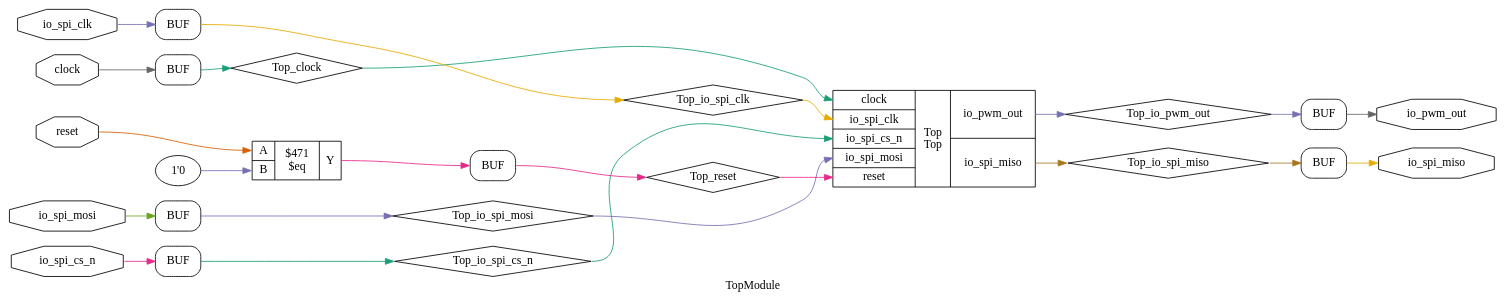
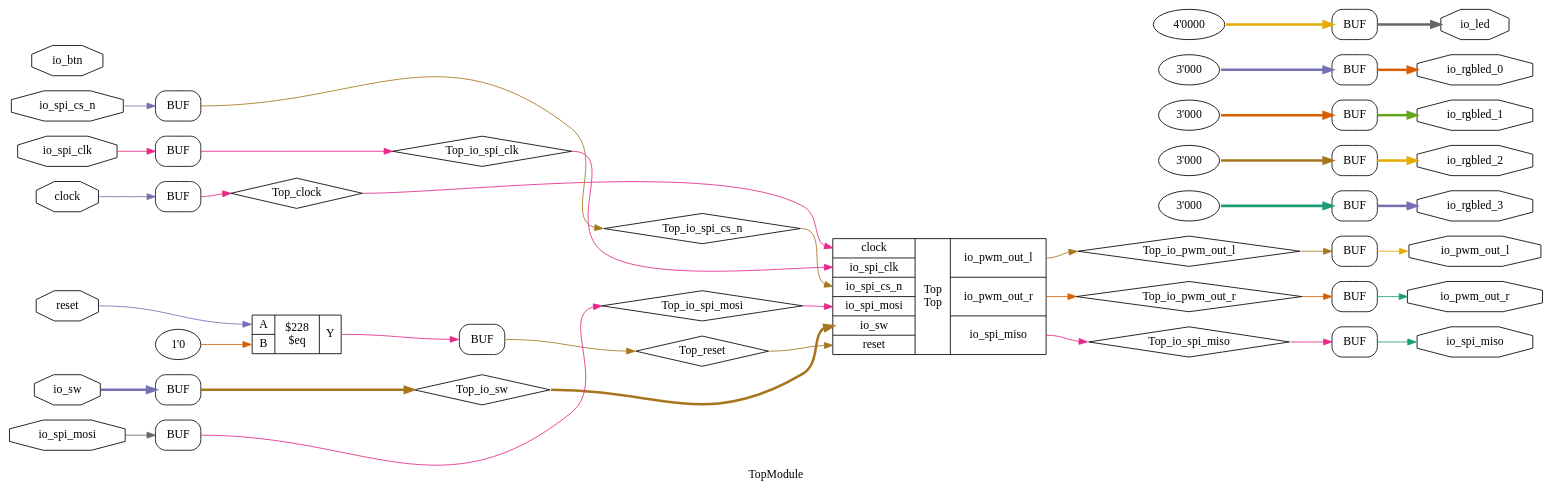
One commit to TDT4295-2019-groupA/FPGA changed the diagram in graphs/yosys/TopModule_gen.dot. Above: the diagram before and after it, drawn with Graphviz. The commit also changed 76 other files, not shown here.

Commit message:
make graphs

```diff
--- a/graphs/yosys/TopModule_gen.dot
+++ b/graphs/yosys/TopModule_gen.dot
@@ -1,54 +1,92 @@
 digraph "TopModule" {
 label="TopModule";
 rankdir="LR";
 remincross=true;
-n2 [ shape=diamond, label="Top_io_pwm_out", color="black", fontcolor="black" ];
-n3 [ shape=diamond, label="Top_io_spi_cs_n", color="black", fontcolor="black" ];
-n4 [ shape=diamond, label="Top_io_spi_clk", color="black", fontcolor="black" ];
-n5 [ shape=diamond, label="Top_io_spi_miso", color="black", fontcolor="black" ];
-n6 [ shape=diamond, label="Top_io_spi_mosi", color="black", fontcolor="black" ];
-n7 [ shape=diamond, label="Top_reset", color="black", fontcolor="black" ];
-n8 [ shape=diamond, label="Top_clock", color="black", fontcolor="black" ];
-n9 [ shape=octagon, label="io_pwm_out", color="black", fontcolor="black" ];
-n10 [ shape=octagon, label="io_spi_cs_n", color="black", fontcolor="black" ];
-n11 [ shape=octagon, label="io_spi_clk", color="black", fontcolor="black" ];
-n12 [ shape=octagon, label="io_spi_miso", color="black", fontcolor="black" ];
-n13 [ shape=octagon, label="io_spi_mosi", color="black", fontcolor="black" ];
-n14 [ shape=octagon, label="reset", color="black", fontcolor="black" ];
-n15 [ shape=octagon, label="clock", color="black", fontcolor="black" ];
-{ rank="source"; n10; n11; n13; n14; n15;}
-{ rank="sink"; n12; n9;}
+n2 [ shape=diamond, label="Top_io_sw", color="black", fontcolor="black" ];
+n3 [ shape=diamond, label="Top_io_pwm_out_r", color="black", fontcolor="black" ];
+n4 [ shape=diamond, label="Top_io_pwm_out_l", color="black", fontcolor="black" ];
+n5 [ shape=diamond, label="Top_io_spi_cs_n", color="black", fontcolor="black" ];
+n6 [ shape=diamond, label="Top_io_spi_clk", color="black", fontcolor="black" ];
+n7 [ shape=diamond, label="Top_io_spi_miso", color="black", fontcolor="black" ];
+n8 [ shape=diamond, label="Top_io_spi_mosi", color="black", fontcolor="black" ];
+n9 [ shape=diamond, label="Top_reset", color="black", fontcolor="black" ];
+n10 [ shape=diamond, label="Top_clock", color="black", fontcolor="black" ];
+n11 [ shape=octagon, label="io_rgbled_3", color="black", fontcolor="black" ];
+n12 [ shape=octagon, label="io_rgbled_2", color="black", fontcolor="black" ];
+n13 [ shape=octagon, label="io_rgbled_1", color="black", fontcolor="black" ];
+n14 [ shape=octagon, label="io_rgbled_0", color="black", fontcolor="black" ];
+n15 [ shape=octagon, label="io_led", color="black", fontcolor="black" ];
+n16 [ shape=octagon, label="io_btn", color="black", fontcolor="black" ];
+n17 [ shape=octagon, label="io_sw", color="black", fontcolor="black" ];
+n18 [ shape=octagon, label="io_pwm_out_r", color="black", fontcolor="black" ];
+n19 [ shape=octagon, label="io_pwm_out_l", color="black", fontcolor="black" ];
+n20 [ shape=octagon, label="io_spi_cs_n", color="black", fontcolor="black" ];
+n21 [ shape=octagon, label="io_spi_clk", color="black", fontcolor="black" ];
+n22 [ shape=octagon, label="io_spi_miso", color="black", fontcolor="black" ];
+n23 [ shape=octagon, label="io_spi_mosi", color="black", fontcolor="black" ];
+n24 [ shape=octagon, label="reset", color="black", fontcolor="black" ];
+n25 [ shape=octagon, label="clock", color="black", fontcolor="black" ];
+{ rank="source"; n16; n17; n20; n21; n23; n24; n25;}
+{ rank="sink"; n11; n12; n13; n14; n15; n18; n19; n22;}
 v0 [ label="1'0" ];
-c19 [ shape=record, label="{{<p16> A|<p17> B}|$471\n$eq|{<p18> Y}}" ];
-c20 [ shape=record, label="{{<p15> clock|<p11> io_spi_clk|<p10> io_spi_cs_n|<p13> io_spi_mosi|<p14> reset}|Top\nTop|{<p9> io_pwm_out|<p12> io_spi_miso}}" ];
+c29 [ shape=record, label="{{<p26> A|<p27> B}|$228\n$eq|{<p28> Y}}" ];
+c30 [ shape=record, label="{{<p25> clock|<p21> io_spi_clk|<p20> io_spi_cs_n|<p23> io_spi_mosi|<p17> io_sw|<p24> reset}|Top\nTop|{<p19> io_pwm_out_l|<p18> io_pwm_out_r|<p22> io_spi_miso}}" ];
 x1 [shape=box, style=rounded, label="BUF"];
 x2 [shape=box, style=rounded, label="BUF"];
 x3 [shape=box, style=rounded, label="BUF"];
-x4 [shape=box, style=rounded, label="BUF"];
+v4 [ label="4'0000" ];
 x5 [shape=box, style=rounded, label="BUF"];
-x6 [shape=box, style=rounded, label="BUF"];
+v6 [ label="3'000" ];
 x7 [shape=box, style=rounded, label="BUF"];
-c19:p18:e -> x4:w:w [colorscheme="dark28", color="4", fontcolor="4", label=""];
-n10:e -> x7:w:w [colorscheme="dark28", color="4", fontcolor="4", label=""];
-n11:e -> x6:w:w [colorscheme="dark28", color="3", fontcolor="3", label=""];
-x1:e:e -> n12:w [colorscheme="dark28", color="6", fontcolor="6", label=""];
-n13:e -> x5:w:w [colorscheme="dark28", color="5", fontcolor="5", label=""];
-n14:e -> c19:p16:w [colorscheme="dark28", color="2", fontcolor="2", label=""];
-n15:e -> x3:w:w [colorscheme="dark28", color="8", fontcolor="8", label=""];
-c20:p9:e -> n2:w [colorscheme="dark28", color="3", fontcolor="3", label=""];
-n2:e -> x2:w:w [colorscheme="dark28", color="3", fontcolor="3", label=""];
-x7:e:e -> n3:w [colorscheme="dark28", color="1", fontcolor="1", label=""];
-n3:e -> c20:p10:w [colorscheme="dark28", color="1", fontcolor="1", label=""];
-x6:e:e -> n4:w [colorscheme="dark28", color="6", fontcolor="6", label=""];
-n4:e -> c20:p11:w [colorscheme="dark28", color="6", fontcolor="6", label=""];
-c20:p12:e -> n5:w [colorscheme="dark28", color="7", fontcolor="7", label=""];
-n5:e -> x1:w:w [colorscheme="dark28", color="7", fontcolor="7", label=""];
-x5:e:e -> n6:w [colorscheme="dark28", color="3", fontcolor="3", label=""];
-n6:e -> c20:p13:w [colorscheme="dark28", color="3", fontcolor="3", label=""];
-x4:e:e -> n7:w [colorscheme="dark28", color="4", fontcolor="4", label=""];
-n7:e -> c20:p14:w [colorscheme="dark28", color="4", fontcolor="4", label=""];
-x3:e:e -> n8:w [colorscheme="dark28", color="1", fontcolor="1", label=""];
-n8:e -> c20:p15:w [colorscheme="dark28", color="1", fontcolor="1", label=""];
-x2:e:e -> n9:w [colorscheme="dark28", color="8", fontcolor="8", label=""];
-v0:e -> c19:p17:w [colorscheme="dark28", color="3", fontcolor="3", label=""];
+v8 [ label="3'000" ];
+x9 [shape=box, style=rounded, label="BUF"];
+v10 [ label="3'000" ];
+x11 [shape=box, style=rounded, label="BUF"];
+v12 [ label="3'000" ];
+x13 [shape=box, style=rounded, label="BUF"];
+x14 [shape=box, style=rounded, label="BUF"];
+x15 [shape=box, style=rounded, label="BUF"];
+x16 [shape=box, style=rounded, label="BUF"];
+x17 [shape=box, style=rounded, label="BUF"];
+x18 [shape=box, style=rounded, label="BUF"];
+x19 [shape=box, style=rounded, label="BUF"];
+c29:p28:e -> x15:w:w [colorscheme="dark28", color="4", fontcolor="4", label=""];
+x14:e:e -> n10:w [colorscheme="dark28", color="4", fontcolor="4", label=""];
+n10:e -> c30:p25:w [colorscheme="dark28", color="4", fontcolor="4", label=""];
+x13:e:e -> n11:w [colorscheme="dark28", color="3", fontcolor="3", style="setlinewidth(3)", label=""];
+x11:e:e -> n12:w [colorscheme="dark28", color="6", fontcolor="6", style="setlinewidth(3)", label=""];
+x9:e:e -> n13:w [colorscheme="dark28", color="5", fontcolor="5", style="setlinewidth(3)", label=""];
+x7:e:e -> n14:w [colorscheme="dark28", color="2", fontcolor="2", style="setlinewidth(3)", label=""];
+x5:e:e -> n15:w [colorscheme="dark28", color="8", fontcolor="8", style="setlinewidth(3)", label=""];
+n17:e -> x19:w:w [colorscheme="dark28", color="3", fontcolor="3", style="setlinewidth(3)", label=""];
+x3:e:e -> n18:w [colorscheme="dark28", color="1", fontcolor="1", label=""];
+x2:e:e -> n19:w [colorscheme="dark28", color="6", fontcolor="6", label=""];
+x19:e:e -> n2:w [colorscheme="dark28", color="7", fontcolor="7", style="setlinewidth(3)", label=""];
+n2:e -> c30:p17:w [colorscheme="dark28", color="7", fontcolor="7", style="setlinewidth(3)", label=""];
+n20:e -> x18:w:w [colorscheme="dark28", color="3", fontcolor="3", label=""];
+n21:e -> x17:w:w [colorscheme="dark28", color="4", fontcolor="4", label=""];
+x1:e:e -> n22:w [colorscheme="dark28", color="1", fontcolor="1", label=""];
+n23:e -> x16:w:w [colorscheme="dark28", color="8", fontcolor="8", label=""];
+n24:e -> c29:p26:w [colorscheme="dark28", color="3", fontcolor="3", label=""];
+n25:e -> x14:w:w [colorscheme="dark28", color="3", fontcolor="3", label=""];
+c30:p18:e -> n3:w [colorscheme="dark28", color="2", fontcolor="2", label=""];
+n3:e -> x3:w:w [colorscheme="dark28", color="2", fontcolor="2", label=""];
+c30:p19:e -> n4:w [colorscheme="dark28", color="7", fontcolor="7", label=""];
+n4:e -> x2:w:w [colorscheme="dark28", color="7", fontcolor="7", label=""];
+x18:e:e -> n5:w [colorscheme="dark28", color="7", fontcolor="7", label=""];
+n5:e -> c30:p20:w [colorscheme="dark28", color="7", fontcolor="7", label=""];
+x17:e:e -> n6:w [colorscheme="dark28", color="4", fontcolor="4", label=""];
+n6:e -> c30:p21:w [colorscheme="dark28", color="4", fontcolor="4", label=""];
+c30:p22:e -> n7:w [colorscheme="dark28", color="4", fontcolor="4", label=""];
+n7:e -> x1:w:w [colorscheme="dark28", color="4", fontcolor="4", label=""];
+x16:e:e -> n8:w [colorscheme="dark28", color="4", fontcolor="4", label=""];
+n8:e -> c30:p23:w [colorscheme="dark28", color="4", fontcolor="4", label=""];
+x15:e:e -> n9:w [colorscheme="dark28", color="7", fontcolor="7", label=""];
+n9:e -> c30:p24:w [colorscheme="dark28", color="7", fontcolor="7", label=""];
+v0:e -> c29:p27:w [colorscheme="dark28", color="2", fontcolor="2", label=""];
+v10:e -> x11:w:w [colorscheme="dark28", color="7", fontcolor="7", style="setlinewidth(3)", label=""];
+v12:e -> x13:w:w [colorscheme="dark28", color="1", fontcolor="1", style="setlinewidth(3)", label=""];
+v4:e -> x5:w:w [colorscheme="dark28", color="6", fontcolor="6", style="setlinewidth(3)", label=""];
+v6:e -> x7:w:w [colorscheme="dark28", color="3", fontcolor="3", style="setlinewidth(3)", label=""];
+v8:e -> x9:w:w [colorscheme="dark28", color="2", fontcolor="2", style="setlinewidth(3)", label=""];
 }
```
